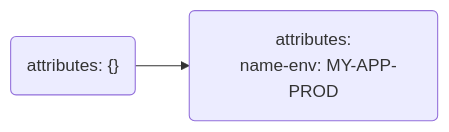
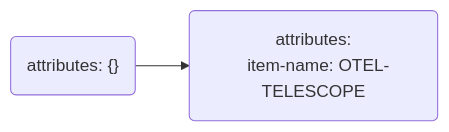
Before and after one commit to evan-bradley/ottl-cookbook: the diagram in code/parse-json-4-attr.mmd, drawn with Mermaid. The commit also changed 2 other files, not shown here.

```diff
--- a/code/parse-json-4-attr.mmd
+++ b/code/parse-json-4-attr.mmd
@@ -1,6 +1,6 @@
 flowchart LR
     log8("attributes: {}")
     log9(attributes:
-&nbsp;&nbsp;name-env: MY-APP-PROD
+&nbsp;&nbsp;item-name: OTEL-TELESCOPE
     )
     log8 --> log9
```
